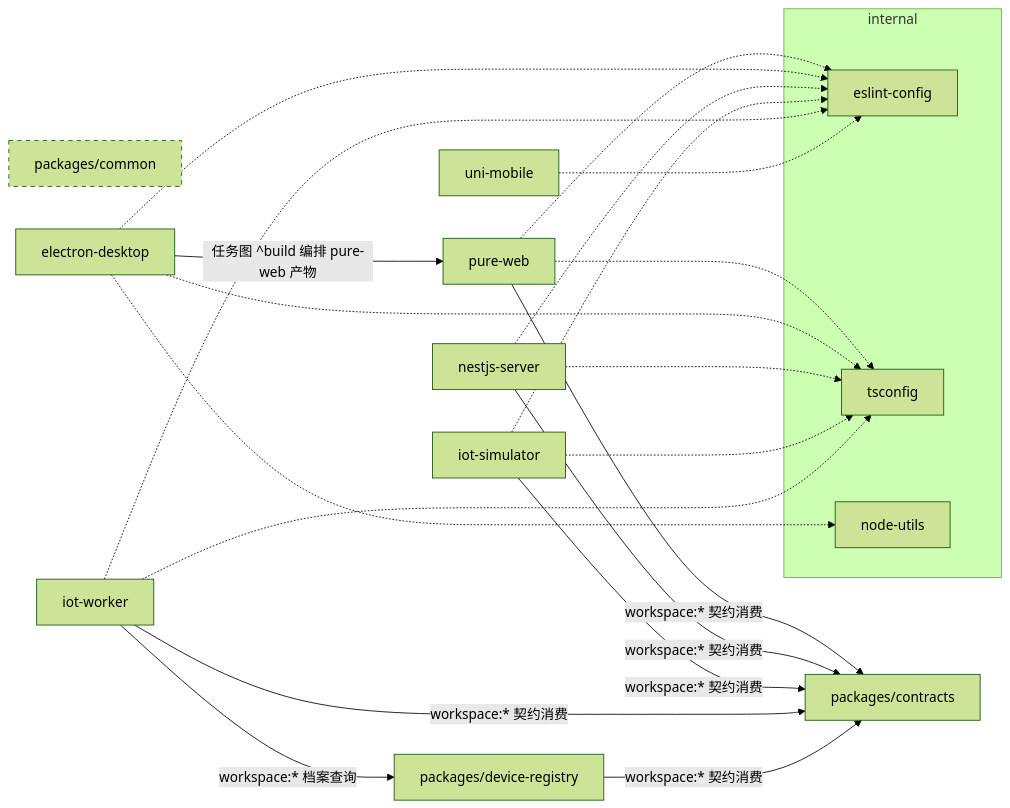
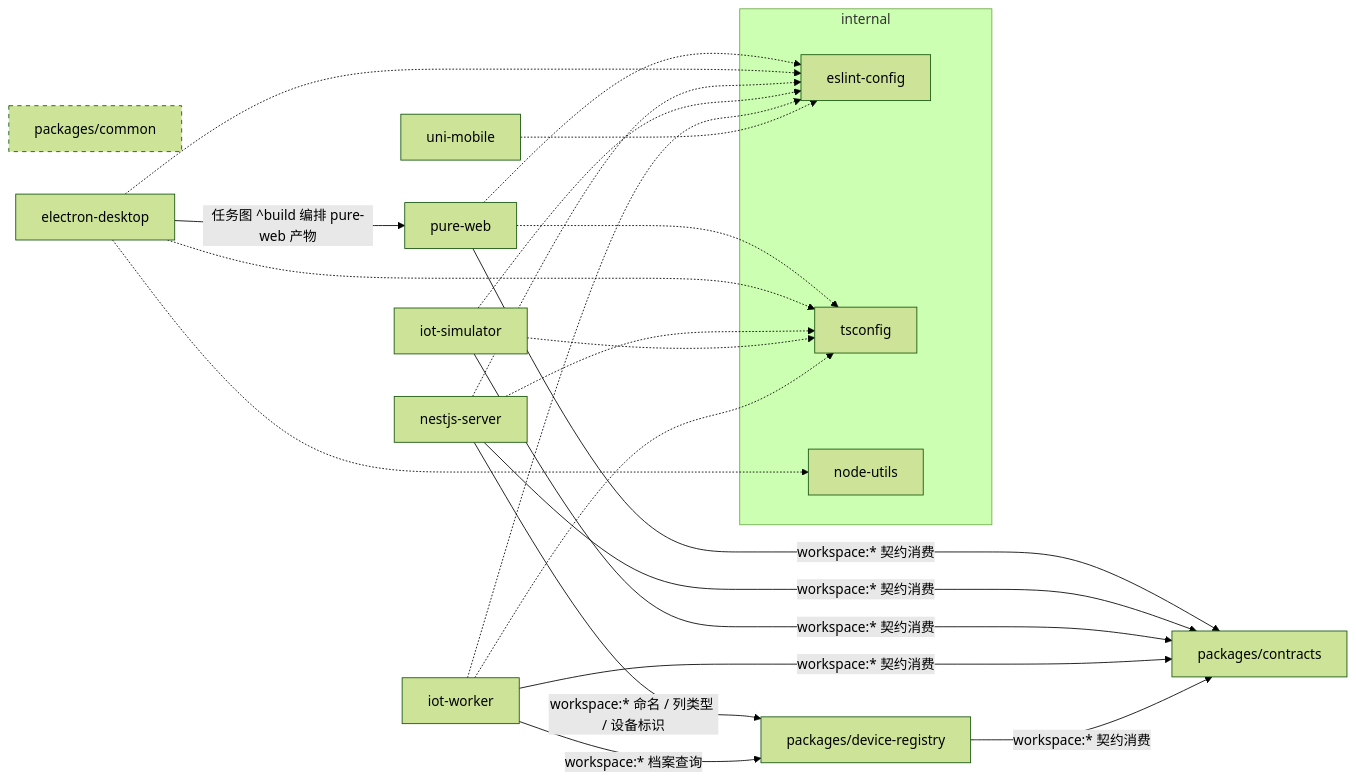
The diagram in docs/architecture/repo-structure.md (25lonelyboy/wewant-multi-admin), drawn with Mermaid (forest theme) before and after one commit. The commit also changed other lines of this file and 7 other files, not shown here.

````diff
--- a/docs/architecture/repo-structure.md
+++ b/docs/architecture/repo-structure.md
@@ -35,31 +35,32 @@
 ```mermaid
 flowchart LR
     common["packages/common"]:::unused
     contracts["packages/contracts"]
     subgraph internal
         eslint["eslint-config"]
         tsconfig["tsconfig"]
         nodeutils["node-utils"]
     end
     web["pure-web"]
     desktop["electron-desktop"]
     server["nestjs-server"]
     mobile["uni-mobile"]
     simulator["iot-simulator"]
     worker["iot-worker"]
     registry["packages/device-registry"]
     desktop -- "任务图 ^build 编排 pure-web 产物" --> web
     web -- "workspace:* 契约消费" --> contracts
     server -- "workspace:* 契约消费" --> contracts
+    server -- "workspace:* 命名 / 列类型 / 设备标识" --> registry
     simulator -- "workspace:* 契约消费" --> contracts
     worker -- "workspace:* 契约消费" --> contracts
     worker -- "workspace:* 档案查询" --> registry
     registry -- "workspace:* 契约消费" --> contracts
     web -.-> eslint & tsconfig
     desktop -.-> nodeutils & tsconfig & eslint
     server -.-> tsconfig & eslint
     simulator -.-> tsconfig & eslint
     worker -.-> tsconfig & eslint
     mobile -.-> eslint
     classDef unused stroke-dasharray: 5 5
 ```
````
